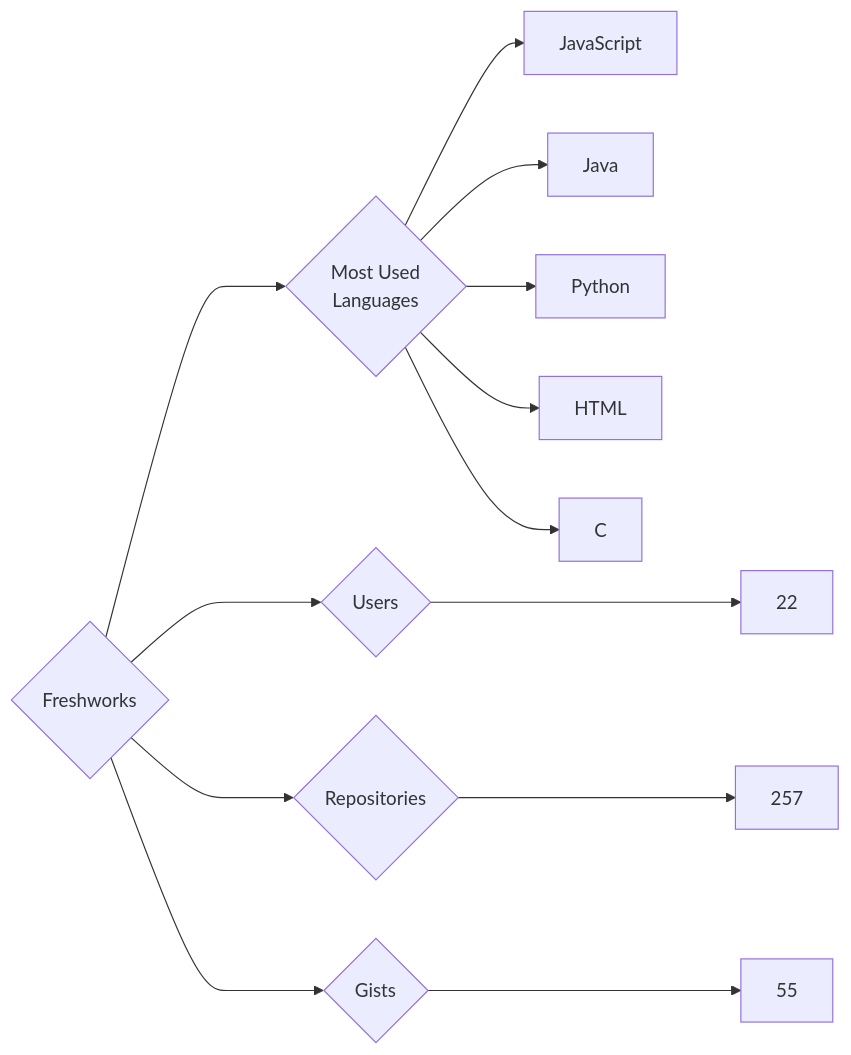
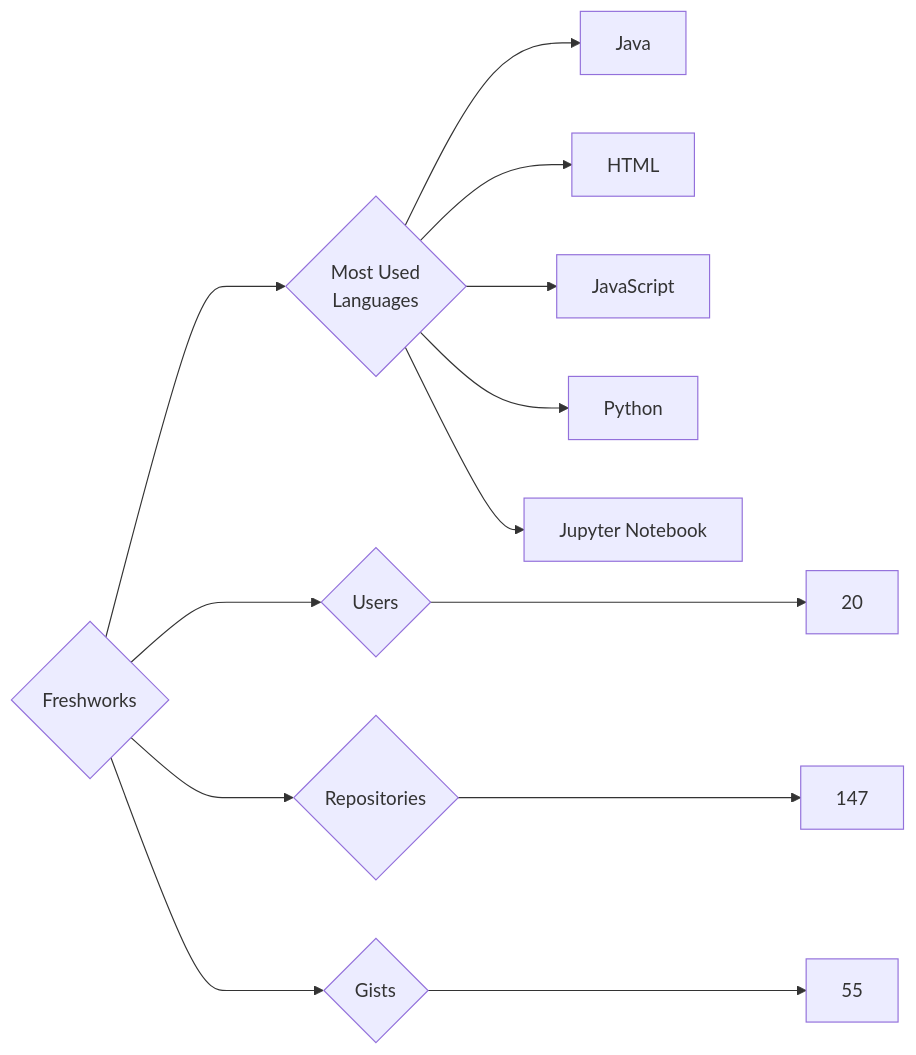
One commit to trickest/insiders changed the diagram in targets/Freshworks/README.md. Above: the diagram before and after it, drawn with Mermaid. The commit also changed 874 other files, not shown here.

````diff
--- a/targets/Freshworks/README.md
+++ b/targets/Freshworks/README.md
@@ -3,13 +3,13 @@
 ```mermaid
 graph LR
 COMPANY_NAME{Freshworks}
-COMPANY_NAME ---> U{Users} ---> UN[22]
-COMPANY_NAME ---> R{Repositories} ---> RN[257]
+COMPANY_NAME ---> U{Users} ---> UN[20]
+COMPANY_NAME ---> R{Repositories} ---> RN[147]
 COMPANY_NAME ---> G{Gists} ---> GN[55]
 COMPANY_NAME ---> ML{Most Used<br>Languages}
+ML --> Java[Java]
+ML --> HTML[HTML]
 ML --> JavaScript[JavaScript]
-ML --> Java[Java]
 ML --> Python[Python]
-ML --> HTML[HTML]
-ML --> C[C]
+ML --> Jupyter_Notebook[Jupyter Notebook]
 ```
````
